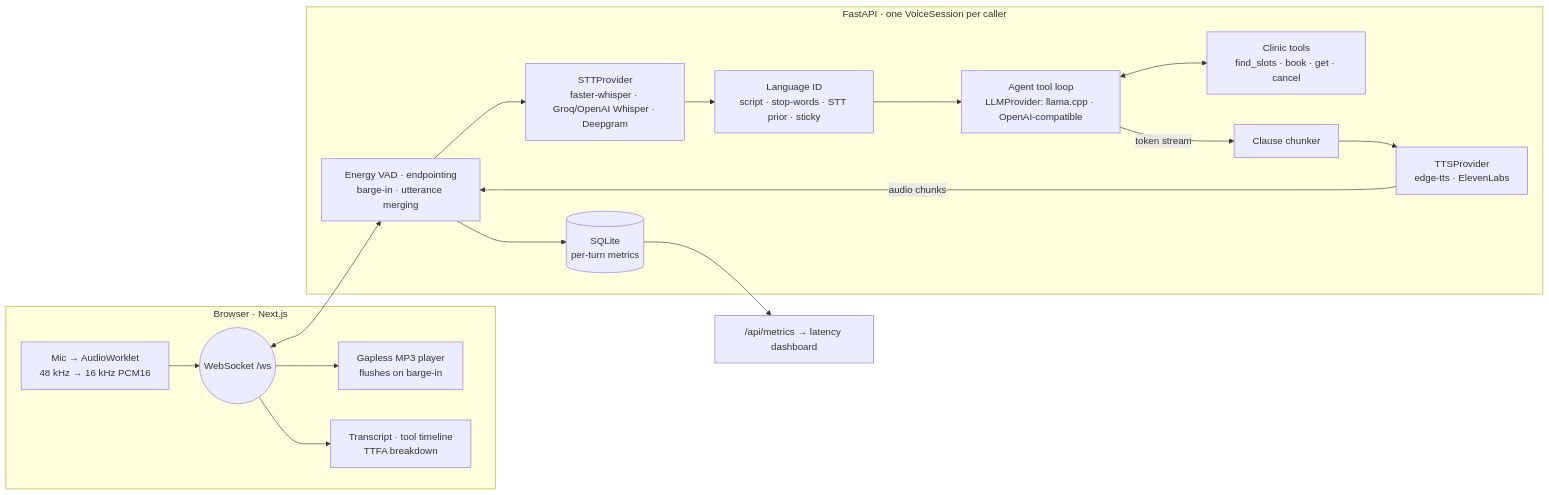
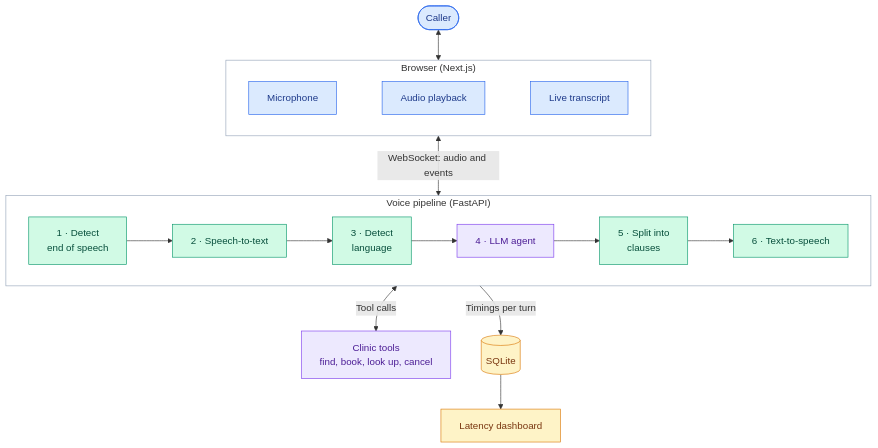
One commit to azizaydi080/voicedesk changed the diagram in README.md. Above: the diagram before and after it, drawn with Mermaid. The commit also changed other lines of this file and 9 other files, not shown here.

````diff
--- a/README.md
+++ b/README.md
@@ -76,19 +74,33 @@
 ```mermaid
-flowchart LR
-  subgraph Browser["Browser · Next.js"]
-    MIC["Mic → AudioWorklet<br/>48 kHz → 16 kHz PCM16"] --> WS
-    WS --> PLAY["Gapless MP3 player<br/>flushes on barge-in"]
-    WS --> UI["Transcript · tool timeline<br/>TTFA breakdown"]
+flowchart TB
+  caller(["Caller"]) <--> browser
+
+  subgraph browser["Browser (Next.js)"]
+    direction LR
+    mic["Microphone"] ~~~ player["Audio playback"] ~~~ live["Live transcript"]
   end
-  WS(("WebSocket /ws")) <--> SESSION
-  subgraph Server["FastAPI · one VoiceSession per caller"]
-    SESSION["Energy VAD · endpointing<br/>barge-in · utterance merging"] --> STT["STTProvider<br/>faster-whisper · Groq/OpenAI Whisper · Deepgram"]
-    STT --> LID["Language ID<br/>script · stop-words · STT prior · sticky"]
-    LID --> AGENT["Agent tool loop<br/>LLMProvider: llama.cpp · OpenAI-compatible"]
-    AGENT <--> TOOLS["Clinic tools<br/>find_slots · book · get · cancel"]
-    AGENT -- "token stream" --> CHUNK["Clause chunker"] --> TTS["TTSProvider<br/>edge-tts · ElevenLabs"]
-    TTS -- "audio chunks" --> SESSION
-    SESSION --> DB[("SQLite<br/>per-turn metrics")]
+
+  browser <-->|"WebSocket: audio and events"| pipeline
+
+  subgraph pipeline["Voice pipeline (FastAPI)"]
+    direction LR
+    vad["1 · Detect<br/>end of speech"] --> stt["2 · Speech-to-text"] --> lang["3 · Detect<br/>language"] --> agent["4 · LLM agent"] --> split["5 · Split into<br/>clauses"] --> tts["6 · Text-to-speech"]
   end
-  DB --> DASH["/api/metrics → latency dashboard"]
+
+  pipeline <-->|"Tool calls"| tools["Clinic tools<br/>find, book, look up, cancel"]
+  pipeline -->|"Timings per turn"| db[("SQLite")]
+  db --> dash["Latency dashboard"]
+
+  style browser fill:transparent,stroke:#94a3b8
+  style pipeline fill:transparent,stroke:#94a3b8
+
+  classDef client fill:#dbeafe,stroke:#2563eb,color:#1e3a8a
+  classDef speech fill:#d1fae5,stroke:#059669,color:#064e3b
+  classDef ai fill:#ede9fe,stroke:#7c3aed,color:#4c1d95
+  classDef data fill:#fef3c7,stroke:#d97706,color:#78350f
+
+  class caller,mic,player,live client
+  class vad,stt,lang,split,tts speech
+  class agent,tools ai
+  class db,dash data
 ```
````
